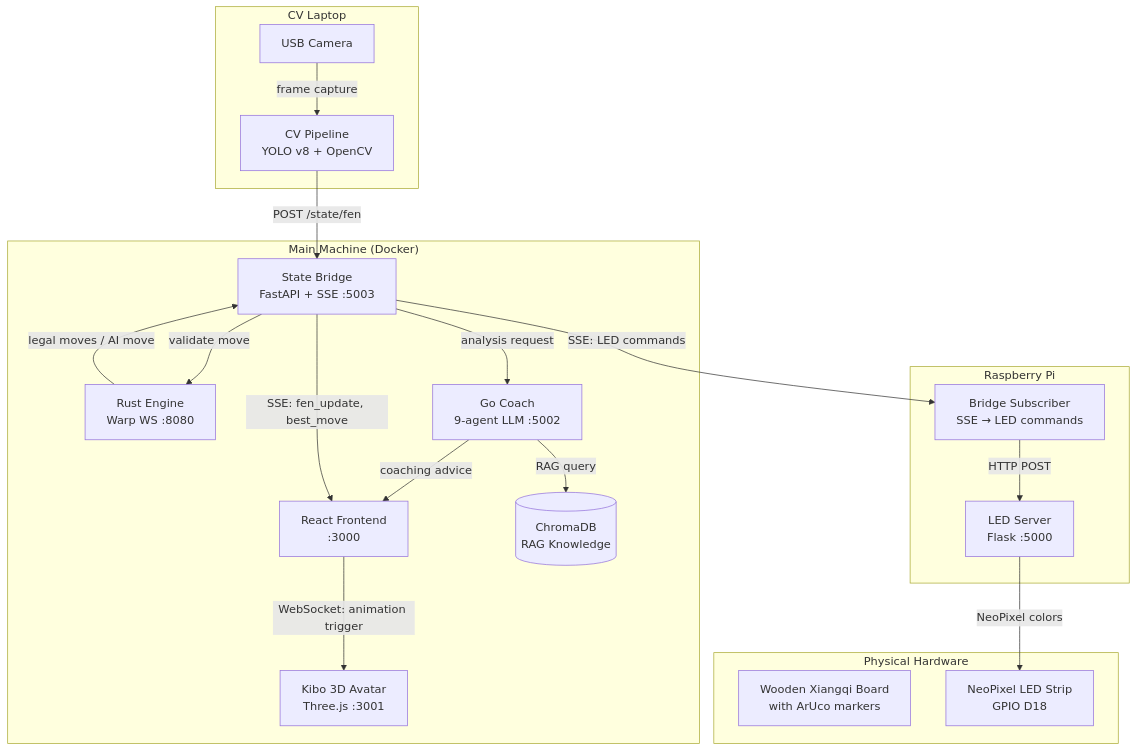
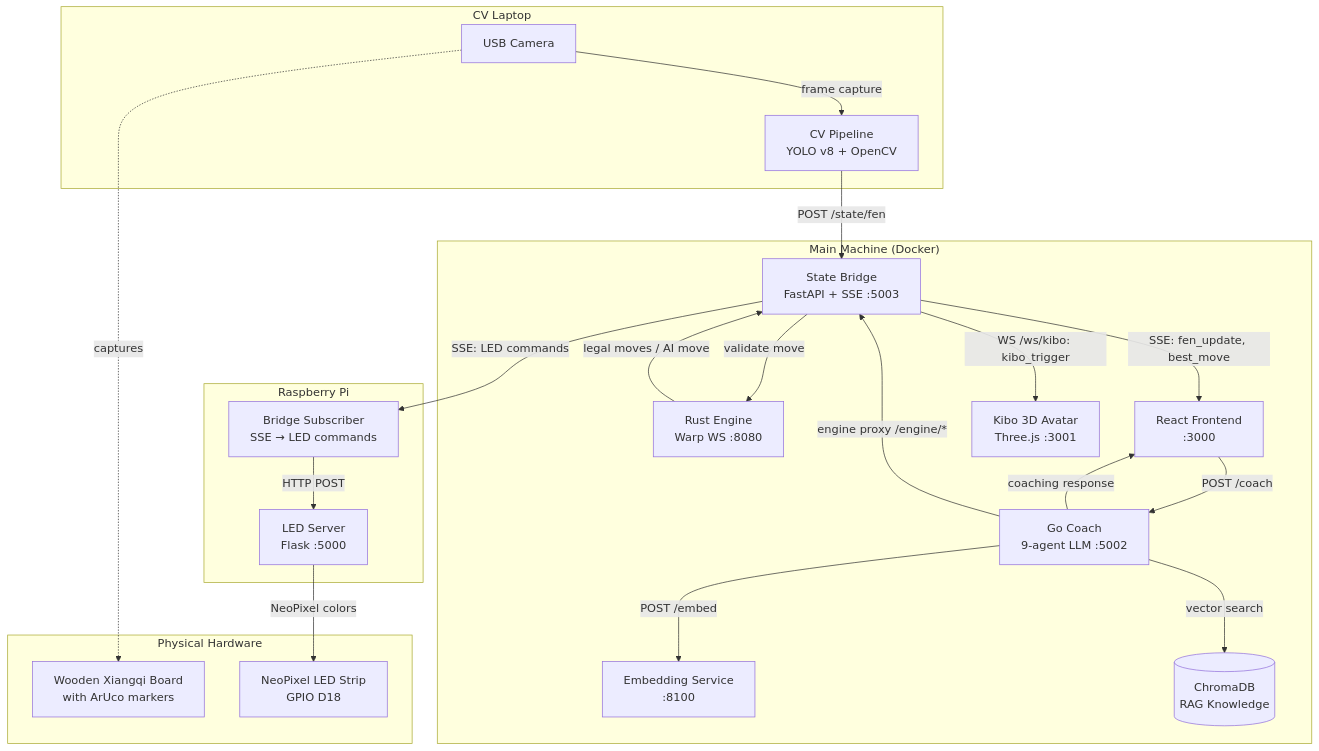
One commit to GuchaIll/Capstone_Guided_Chinese_Chess changed the diagram in README.md. Above: the diagram before and after it, drawn with Mermaid.

Commit message:
feat: Update system architecture diagram to include embedding service and enhance data flow representation

````diff
--- a/README.md
+++ b/README.md
@@ -60,39 +60,43 @@
 ```mermaid
 graph TD
     subgraph Physical["Physical Hardware"]
         Board[Wooden Xiangqi Board<br/>with ArUco markers]
         LEDStrip[NeoPixel LED Strip<br/>GPIO D18]
     end
 
     subgraph CVLaptop["CV Laptop"]
         Camera[USB Camera]
         CV[CV Pipeline<br/>YOLO v8 + OpenCV]
     end
 
     subgraph Pi["Raspberry Pi"]
         LEDServer[LED Server<br/>Flask :5000]
         BridgeSub[Bridge Subscriber<br/>SSE → LED commands]
     end
 
     subgraph MainMachine["Main Machine (Docker)"]
         StateBridge[State Bridge<br/>FastAPI + SSE :5003]
         RustEngine[Rust Engine<br/>Warp WS :8080]
         GoCoach[Go Coach<br/>9-agent LLM :5002]
         ReactUI[React Frontend<br/>:3000]
         Kibo3D[Kibo 3D Avatar<br/>Three.js :3001]
+        Embedding[Embedding Service<br/>:8100]
         ChromaDB[(ChromaDB<br/>RAG Knowledge)]
     end
 
+    Camera -.->|captures| Board
     Camera -->|frame capture| CV
     CV -->|POST /state/fen| StateBridge
     StateBridge -->|validate move| RustEngine
     RustEngine -->|legal moves / AI move| StateBridge
-    StateBridge -->|analysis request| GoCoach
-    GoCoach -->|RAG query| ChromaDB
-    GoCoach -->|coaching advice| ReactUI
+    ReactUI -->|POST /coach| GoCoach
+    GoCoach -->|coaching response| ReactUI
+    GoCoach -->|engine proxy /engine/*| StateBridge
+    GoCoach -->|POST /embed| Embedding
+    GoCoach -->|vector search| ChromaDB
     StateBridge -->|SSE: fen_update, best_move| ReactUI
     StateBridge -->|SSE: LED commands| BridgeSub
+    StateBridge -->|WS /ws/kibo: kibo_trigger| Kibo3D
     BridgeSub -->|HTTP POST| LEDServer
     LEDServer -->|NeoPixel colors| LEDStrip
-    ReactUI -->|WebSocket: animation trigger| Kibo3D
 ```
````
